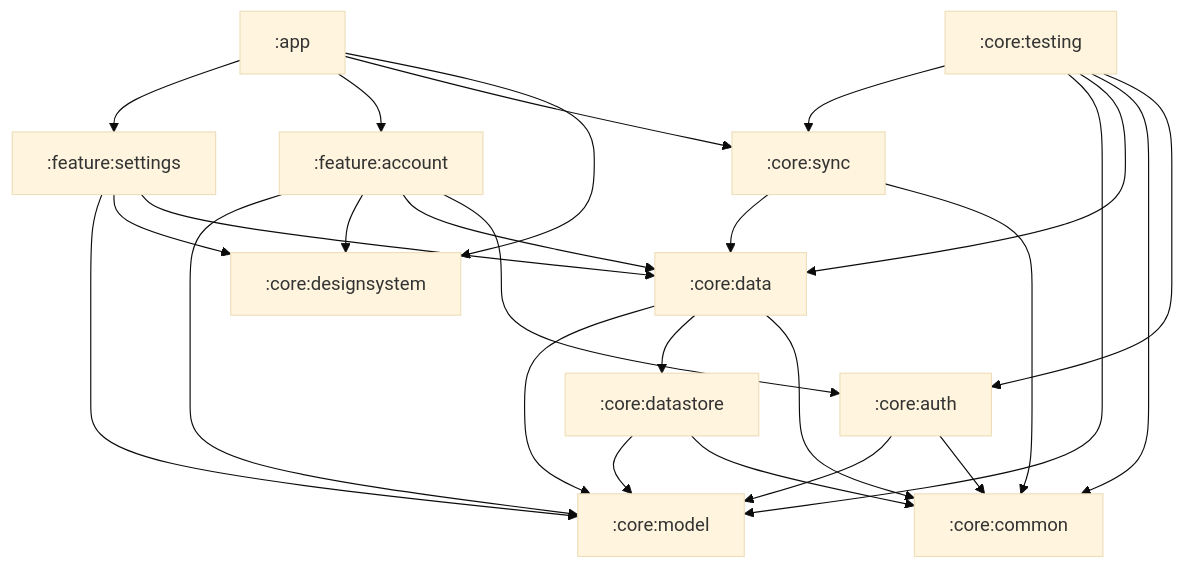
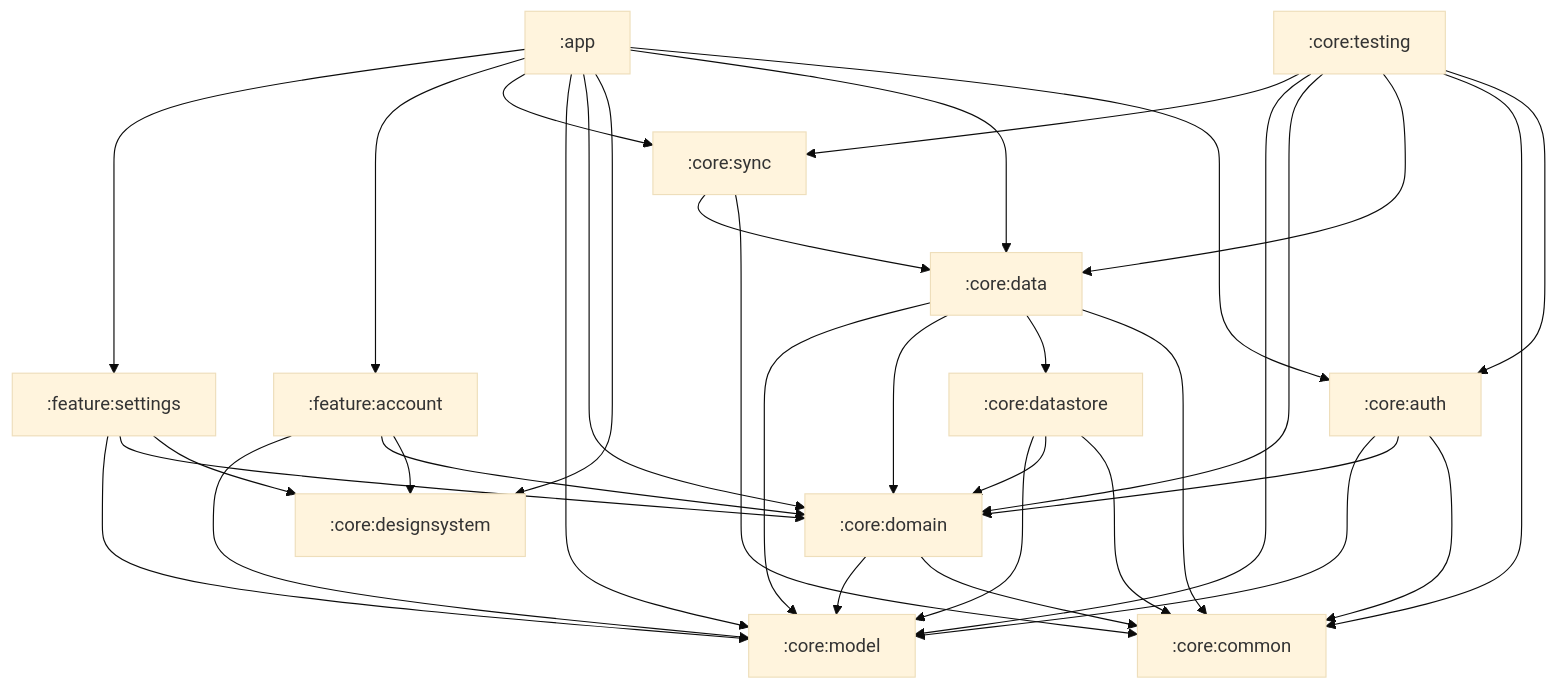
Before and after one commit to toomanyeduardos/rolabox: the diagram in README.md, drawn with Mermaid (base theme). The commit also changed other lines of this file and 47 other files, not shown here.

````diff
--- a/README.md
+++ b/README.md
@@ -75,39 +81,49 @@
 ```mermaid
 graph TD
     app[":app"]
     core_auth[":core:auth"]
     core_common[":core:common"]
     core_data[":core:data"]
     core_datastore[":core:datastore"]
     core_designsystem[":core:designsystem"]
+    core_domain[":core:domain"]
     core_model[":core:model"]
     core_sync[":core:sync"]
     core_testing[":core:testing"]
     feature_account[":feature:account"]
     feature_settings[":feature:settings"]
+    app --> core_auth
+    app --> core_data
     app --> core_designsystem
+    app --> core_domain
+    app --> core_model
     app --> core_sync
     app --> feature_account
     app --> feature_settings
     core_auth --> core_common
+    core_auth --> core_domain
     core_auth --> core_model
     core_data --> core_common
     core_data --> core_datastore
+    core_data --> core_domain
     core_data --> core_model
     core_datastore --> core_common
+    core_datastore --> core_domain
     core_datastore --> core_model
+    core_domain --> core_common
+    core_domain --> core_model
     core_sync --> core_common
     core_sync --> core_data
     core_testing --> core_auth
     core_testing --> core_common
     core_testing --> core_data
+    core_testing --> core_domain
     core_testing --> core_model
     core_testing --> core_sync
-    feature_account --> core_auth
-    feature_account --> core_data
     feature_account --> core_designsystem
+    feature_account --> core_domain
     feature_account --> core_model
-    feature_settings --> core_data
     feature_settings --> core_designsystem
+    feature_settings --> core_domain
     feature_settings --> core_model
 ```
````
